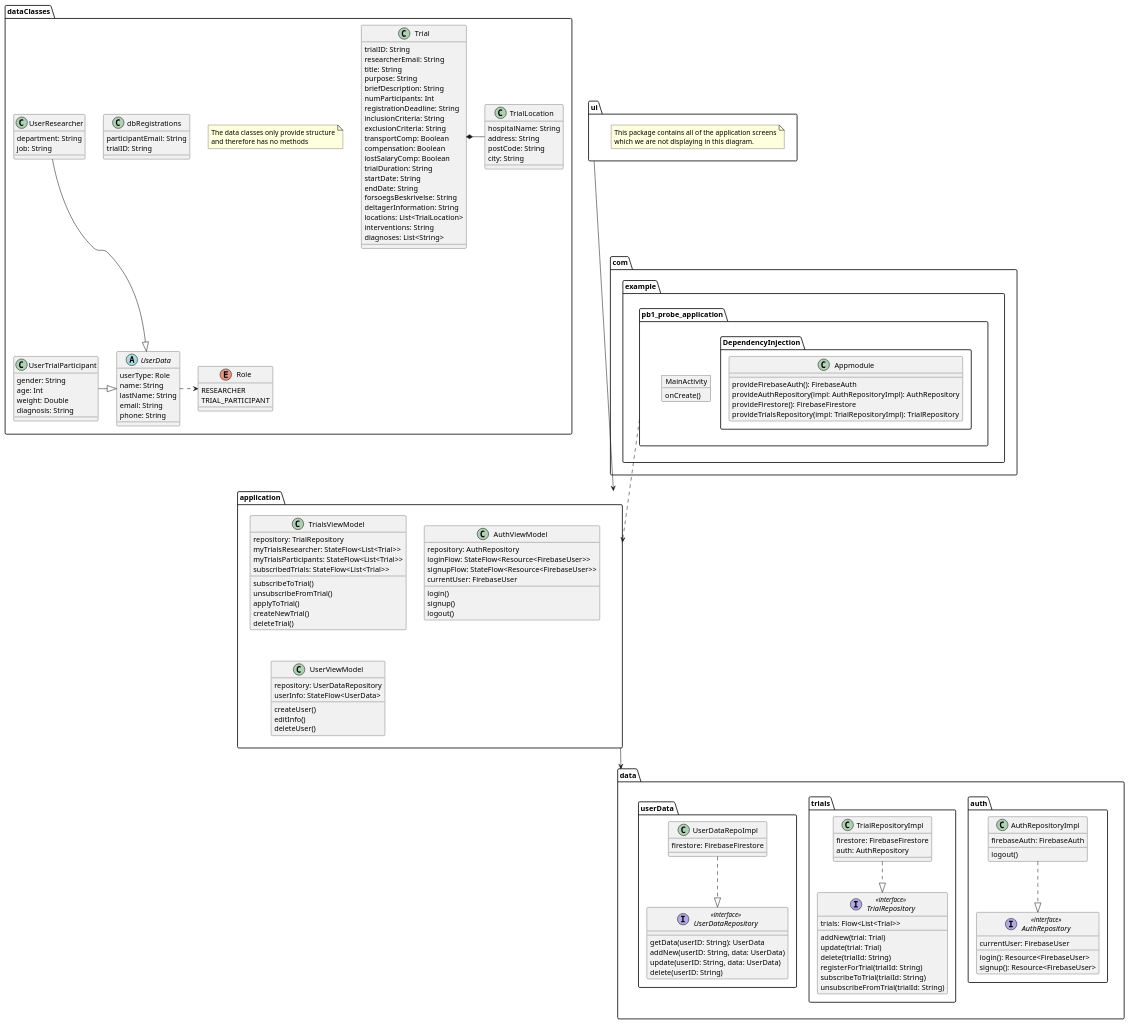
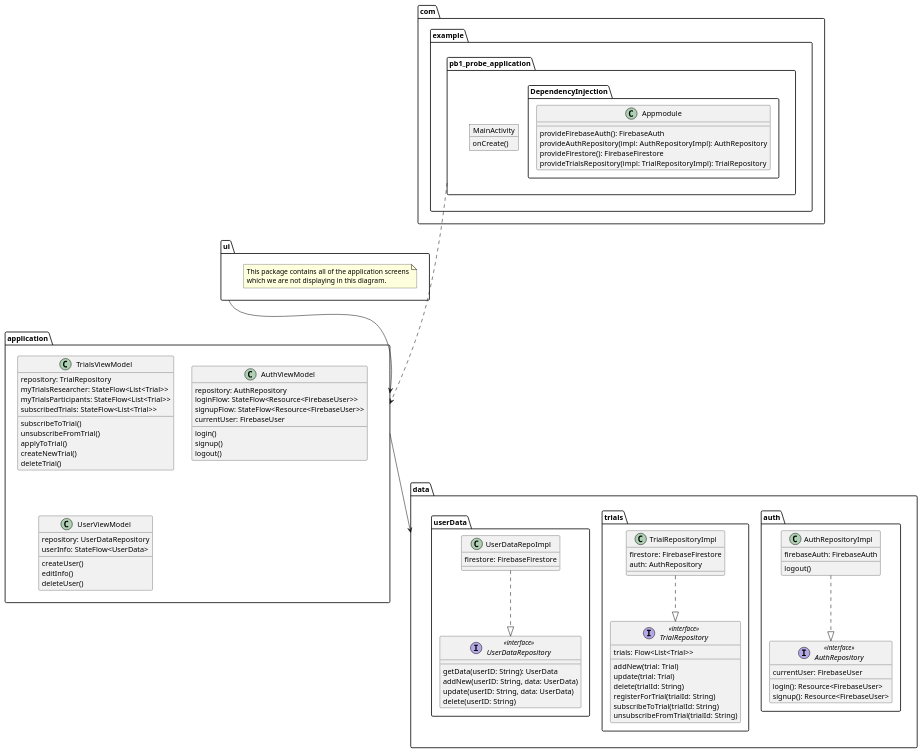
One commit to MarkBidstrup/PB1 changed the diagram in PB1ProbeApplication/UML/NewClassDiagram.puml. Above: the diagram before and after it, drawn with PlantUML. The commit also changed 1 other file, not shown here.

Commit message:
split class diagrams into two

```diff
--- a/PB1ProbeApplication/UML/NewClassDiagram.puml
+++ b/PB1ProbeApplication/UML/NewClassDiagram.puml
@@ -1,190 +1,122 @@
 @startuml
 'https://plantuml.com/class-diagram
+
+package application {
+    class TrialsViewModel {
+        repository: TrialRepository
+        myTrialsResearcher: StateFlow<List<Trial>>
+        myTrialsParticipants: StateFlow<List<Trial>>
+        subscribedTrials: StateFlow<List<Trial>>
+
+        subscribeToTrial()
+        unsubscribeFromTrial()
+        applyToTrial()
+        createNewTrial()
+        deleteTrial()
+    }
+
+    class AuthViewModel {
+        repository: AuthRepository
+        loginFlow: StateFlow<Resource<FirebaseUser>>
+        signupFlow: StateFlow<Resource<FirebaseUser>>
+        currentUser: FirebaseUser
+        login()
+        signup()
+        logout()
+    }
+
+    class UserViewModel {
+        repository: UserDataRepository
+        userInfo: StateFlow<UserData>
+        createUser()
+        editInfo()
+        deleteUser()
+
+    }
+}
 
 
 package data {
 
     package auth {
 
         interface AuthRepository <<interface>> {
             currentUser: FirebaseUser
             login(): Resource<FirebaseUser>
             signup(): Resource<FirebaseUser>
         }
 
         class AuthRepositoryImpl {
             firebaseAuth: FirebaseAuth
             logout()
         }
 
     }
 
     package trials {
         interface TrialRepository <<interface>> {
             trials: Flow<List<Trial>>
 
             addNew(trial: Trial)
             update(trial: Trial)
             delete(trialId: String)
             registerForTrial(trialId: String)
             subscribeToTrial(trialId: String)
             unsubscribeFromTrial(trialId: String)
         }
 
         class TrialRepositoryImpl {
             firestore: FirebaseFirestore
             auth: AuthRepository
         }
 
     }
 
     package userData {
         interface UserDataRepository <<interface>> {
             getData(userID: String): UserData
             addNew(userID: String, data: UserData)
             update(userID: String, data: UserData)
             delete(userID: String)
         }
 
         class UserDataRepoImpl {
             firestore: FirebaseFirestore
         }
 
     }
 }
 
-package dataClasses {
-
-    note "The data classes only provide structure\nand therefore has no methods" as note1
-
-    enum Role {
-        RESEARCHER
-        TRIAL_PARTICIPANT
-    }
-    class Trial {
-            trialID: String
-            researcherEmail: String
-            title: String
-            purpose: String
-            briefDescription: String
-            numParticipants: Int
-            registrationDeadline: String
-            inclusionCriteria: String
-            exclusionCriteria: String
-            transportComp: Boolean
-            compensation: Boolean
-            lostSalaryComp: Boolean
-            trialDuration: String
-            startDate: String
-            endDate: String
-            forsoegsBeskrivelse: String
-            deltagerInformation: String
-            locations: List<TrialLocation>
-            interventions: String
-            diagnoses: List<String>
-    }
-    class TrialLocation {
-            hospitalName: String
-            address: String
-            postCode: String
-            city: String
-    }
-
-    class dbRegistrations {
-        participantEmail: String
-        trialID: String
-    }
-
-    abstract class UserData {
-        userType: Role
-        name: String
-        lastName: String
-        email: String
-        phone: String
-    }
-
-    class UserTrialParticipant {
-        gender: String
-        age: Int
-        weight: Double
-        diagnosis: String
-    }
-
-    class UserResearcher {
-        department: String
-        job: String
-    }
-
-}
-
-package application {
-    class TrialsViewModel {
-        repository: TrialRepository
-        myTrialsResearcher: StateFlow<List<Trial>>
-        myTrialsParticipants: StateFlow<List<Trial>>
-        subscribedTrials: StateFlow<List<Trial>>
-
-        subscribeToTrial()
-        unsubscribeFromTrial()
-        applyToTrial()
-        createNewTrial()
-        deleteTrial()
-    }
-
-    class AuthViewModel {
-        repository: AuthRepository
-        loginFlow: StateFlow<Resource<FirebaseUser>>
-        signupFlow: StateFlow<Resource<FirebaseUser>>
-        currentUser: FirebaseUser
-        login()
-        signup()
-        logout()
-    }
-
-    class UserViewModel {
-        repository: UserDataRepository
-        userInfo: StateFlow<UserData>
-        createUser()
-        editInfo()
-        deleteUser()
-
-    }
-}
-
 package ui {
     note "This package contains all of the application screens\nwhich we are not displaying in this diagram." as note
 }
 
 package com.example.pb1_probe_application {
     object MainActivity {
         onCreate()
     }
 
     package DependencyInjection {
         class Appmodule {
             provideFirebaseAuth(): FirebaseAuth
             provideAuthRepository(impl: AuthRepositoryImpl): AuthRepository
             provideFirestore(): FirebaseFirestore
             provideTrialsRepository(impl: TrialRepositoryImpl): TrialRepository
         }
     }
 }
 
+'packages
+com.example.pb1_probe_application ....> application
+application -d-> data
+ui ---d> application
+
 'data package
 AuthRepositoryImpl ..|> AuthRepository
 TrialRepositoryImpl ..|> TrialRepository
 UserDataRepoImpl ..|> UserDataRepository
 
-'dataClass package
-UserTrialParticipant -|> UserData
-UserResearcher --|> UserData
-UserData .> Role
-Trial *- TrialLocation
 
-'packages
-com.example.pb1_probe_application ..> application
-application --d-> data
-ui ---d> application
 
 
 @enduml
```
